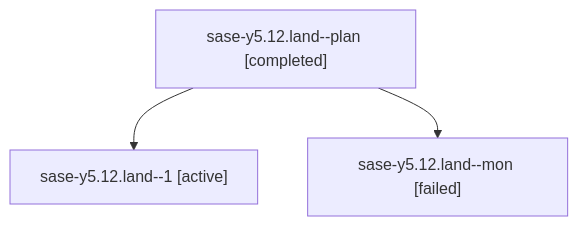
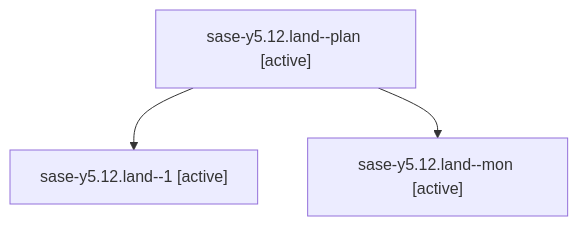
The diagram in families/bbugyi200.athena.sase-y5.12.land.md (sase-org/sase--agents), drawn with Mermaid before and after one commit. The commit also changed other lines of this file and 35830 other files, not shown here.

````diff
--- a/families/bbugyi200.athena.sase-y5.12.land.md
+++ b/families/bbugyi200.athena.sase-y5.12.land.md
@@ -9,8 +9,8 @@
 ```mermaid
 flowchart TD
-  n0["sase-y5.12.land--plan [completed]"]
+  n0["sase-y5.12.land--plan [active]"]
   n1["sase-y5.12.land--1 [active]"]
   n0 --> n1
-  n2["sase-y5.12.land--mon [failed]"]
+  n2["sase-y5.12.land--mon [active]"]
   n0 --> n2
 ```
````
